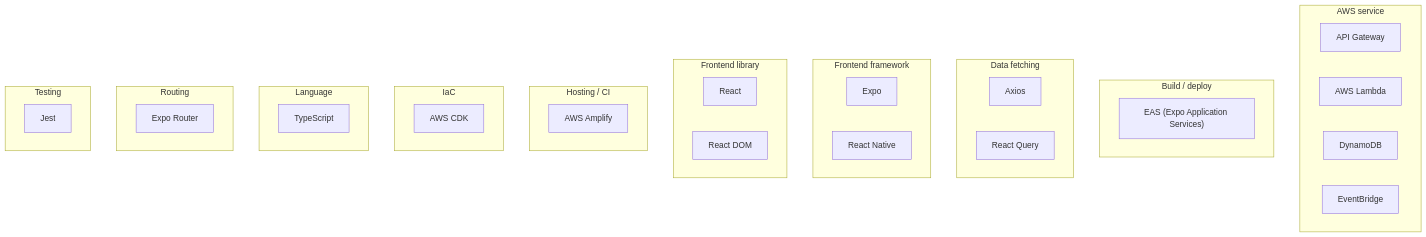
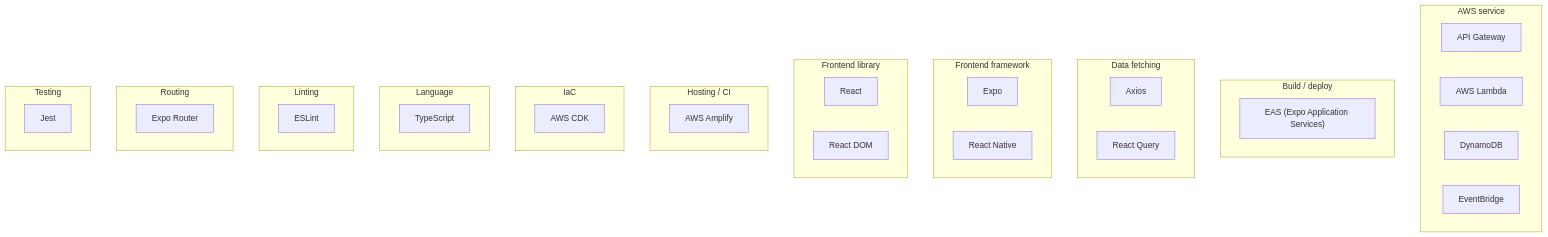
One commit to rufbulldog/ferry-tracker changed the diagram in docs/spec/_systems/tech-stack.md. Above: the diagram before and after it, drawn with Mermaid. The commit also changed other lines of this file and 19 other files, not shown here.

````diff
--- a/docs/spec/_systems/tech-stack.md
+++ b/docs/spec/_systems/tech-stack.md
@@ -18,39 +18,42 @@
 ```mermaid
 flowchart TB
   subgraph n_cat_AWS_service["AWS service"]
     n_API_Gateway["API Gateway"]
     n_AWS_Lambda["AWS Lambda"]
     n_DynamoDB["DynamoDB"]
     n_EventBridge["EventBridge"]
   end
   subgraph n_cat_Build_deploy["Build / deploy"]
     n_EAS_Expo_Application_Services["EAS (Expo Application Services)"]
   end
   subgraph n_cat_Data_fetching["Data fetching"]
     n_Axios["Axios"]
     n_React_Query["React Query"]
   end
   subgraph n_cat_Frontend_framework["Frontend framework"]
     n_Expo["Expo"]
     n_React_Native["React Native"]
   end
   subgraph n_cat_Frontend_library["Frontend library"]
     n_React["React"]
     n_React_DOM["React DOM"]
   end
   subgraph n_cat_Hosting_CI["Hosting / CI"]
     n_AWS_Amplify["AWS Amplify"]
   end
   subgraph n_cat_IaC["IaC"]
     n_AWS_CDK["AWS CDK"]
   end
   subgraph n_cat_Language["Language"]
     n_TypeScript["TypeScript"]
   end
+  subgraph n_cat_Linting["Linting"]
+    n_ESLint["ESLint"]
+  end
   subgraph n_cat_Routing["Routing"]
     n_Expo_Router["Expo Router"]
   end
   subgraph n_cat_Testing["Testing"]
     n_Jest["Jest"]
   end
 ```
````
